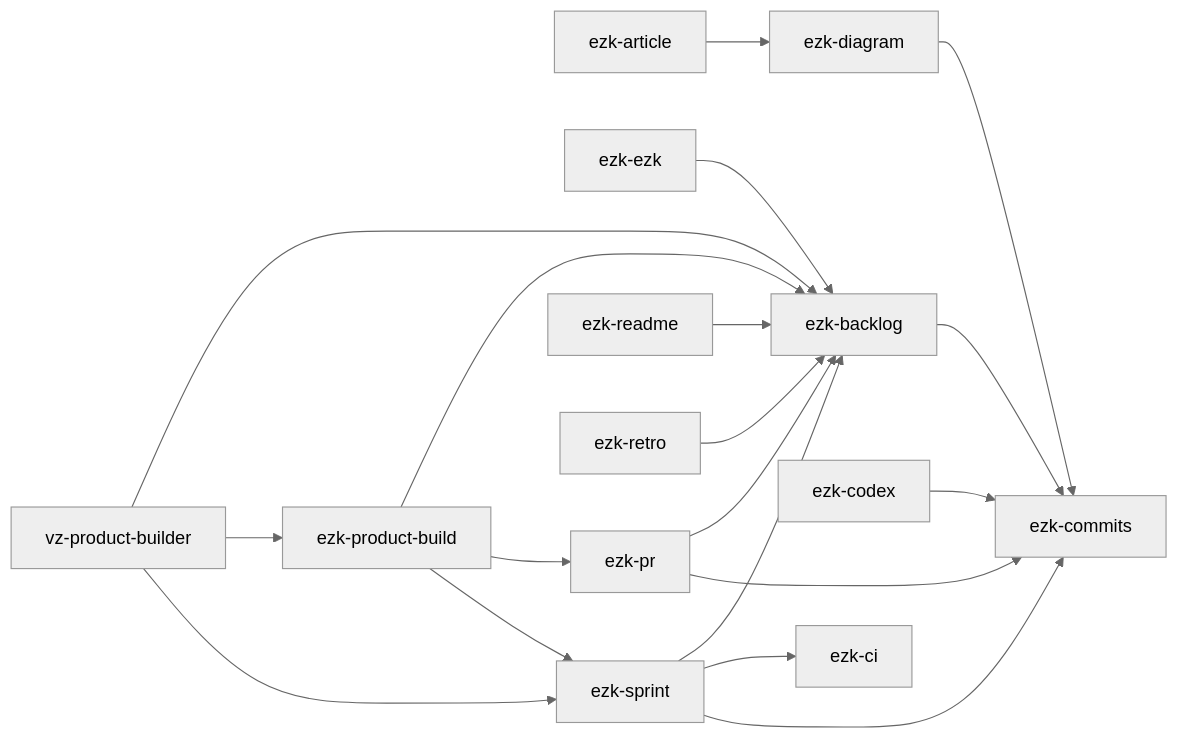
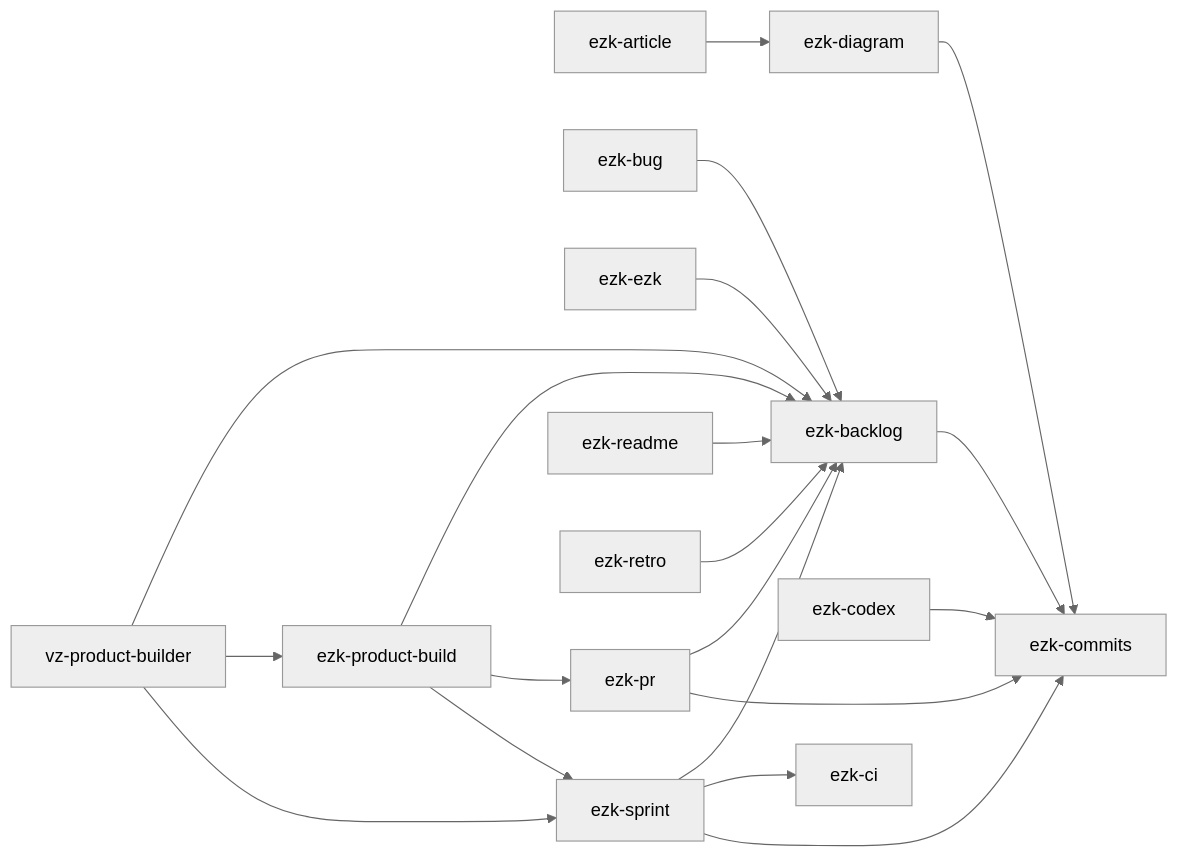
One commit to elzinko/vectorz changed the diagram in products/mega-city/skills/README.md. Above: the diagram before and after it, drawn with Mermaid (neutral theme). The commit also changed 5 other files, not shown here.

First line of the commit message:
feat(ezk-bug): skill d'intake de bug — rapport brut -> fiche reproductible -> ezk-backlog add (#174)

````diff
--- a/products/mega-city/skills/README.md
+++ b/products/mega-city/skills/README.md
@@ -49,21 +49,22 @@
 ```mermaid
 flowchart LR
     ezk-article --> ezk-diagram
     ezk-backlog --> ezk-commits
+    ezk-bug --> ezk-backlog
     ezk-codex --> ezk-commits
     ezk-diagram --> ezk-commits
     ezk-ezk --> ezk-backlog
     ezk-pr --> ezk-backlog
     ezk-pr --> ezk-commits
     ezk-product-build --> ezk-backlog
     ezk-product-build --> ezk-pr
     ezk-product-build --> ezk-sprint
     ezk-readme --> ezk-backlog
     ezk-retro --> ezk-backlog
     ezk-sprint --> ezk-backlog
     ezk-sprint --> ezk-ci
     ezk-sprint --> ezk-commits
     vz-product-builder --> ezk-backlog
     vz-product-builder --> ezk-product-build
     vz-product-builder --> ezk-sprint
 ```
````
